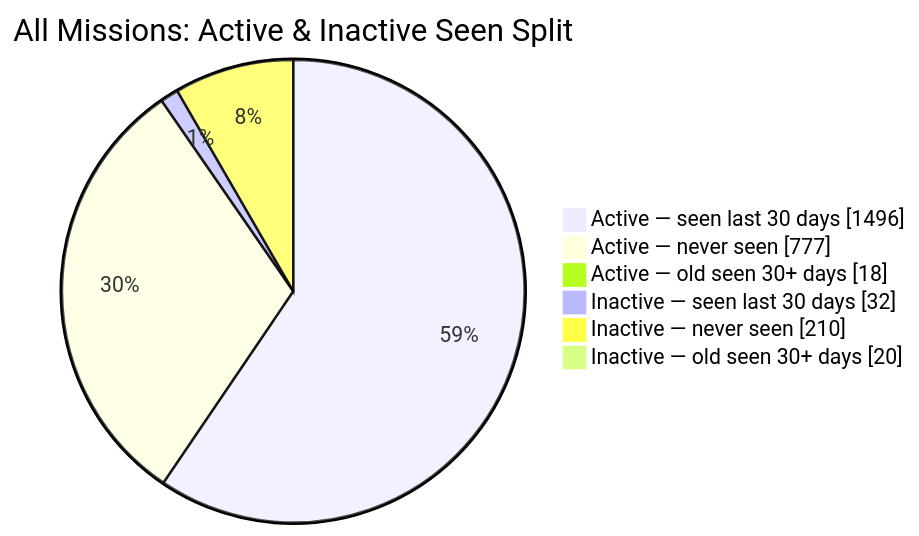
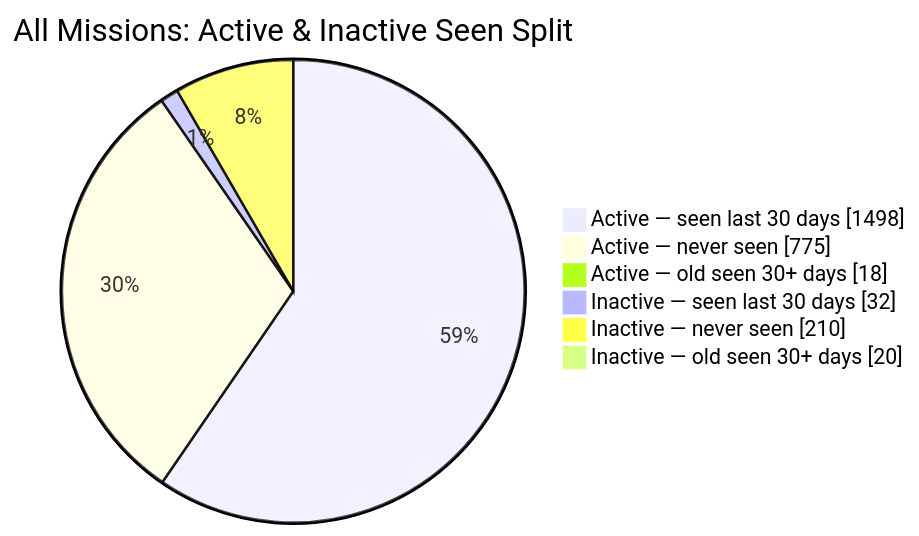
Before and after one commit to MeldkamerspelGameTeam/active-missions: the second of 2 diagrams in README.md, drawn with Mermaid. The commit also changed other lines of this file and 2 other files, not shown here.

````diff
--- a/README.md
+++ b/README.md
@@ -44,10 +44,10 @@
 ```mermaid
 pie showData
     title All Missions: Active & Inactive Seen Split
-    "Active — seen last 30 days" : 1496
-    "Active — never seen" : 777
+    "Active — seen last 30 days" : 1498
+    "Active — never seen" : 775
     "Active — old seen 30+ days" : 18
     "Inactive — seen last 30 days" : 32
     "Inactive — never seen" : 210
     "Inactive — old seen 30+ days" : 20
 ```
````
